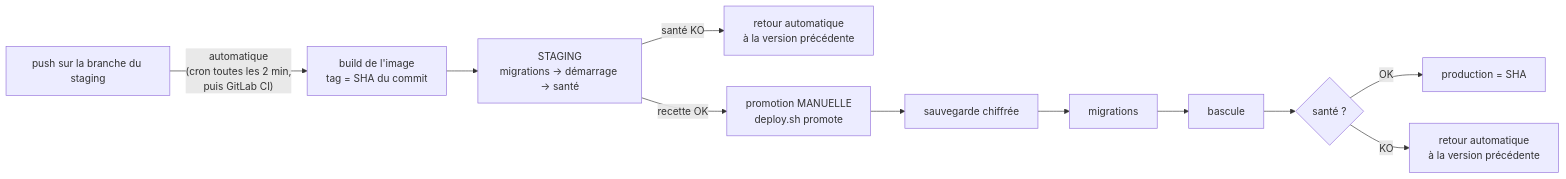
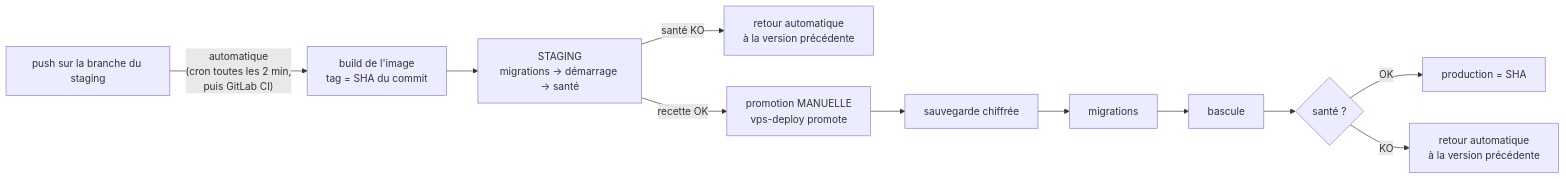
One commit to wilfreidlando/vcam-infra-deploy changed the diagram in docs/reference/organisation-et-livraison.md. Above: the diagram before and after it, drawn with Mermaid. The commit also changed other lines of this file and 41 other files, not shown here.

First line of the commit message:
docs : les commandes sont écrites sous leur forme courte (vps-deploy, vps-audit…), plus de chemin complet

````diff
--- a/docs/reference/organisation-et-livraison.md
+++ b/docs/reference/organisation-et-livraison.md
@@ -34,10 +34,10 @@
 ```mermaid
 graph LR
     Dev["push sur la branche du staging"] -->|"automatique<br/>(cron toutes les 2 min,<br/>puis GitLab CI)"| Build["build de l'image<br/>tag = SHA du commit"]
     Build --> Stg["STAGING<br/>migrations → démarrage → santé"]
     Stg -->|"santé KO"| StgBack["retour automatique<br/>à la version précédente"]
-    Stg -->|"recette OK"| Prom["promotion MANUELLE<br/>deploy.sh promote"]
+    Stg -->|"recette OK"| Prom["promotion MANUELLE<br/>vps-deploy promote"]
     Prom --> Bk["sauvegarde chiffrée"] --> Mig["migrations"] --> Up["bascule"] --> H{"santé ?"}
     H -->|OK| Done["production = SHA"]
     H -->|KO| Back["retour automatique<br/>à la version précédente"]
 ```
````
